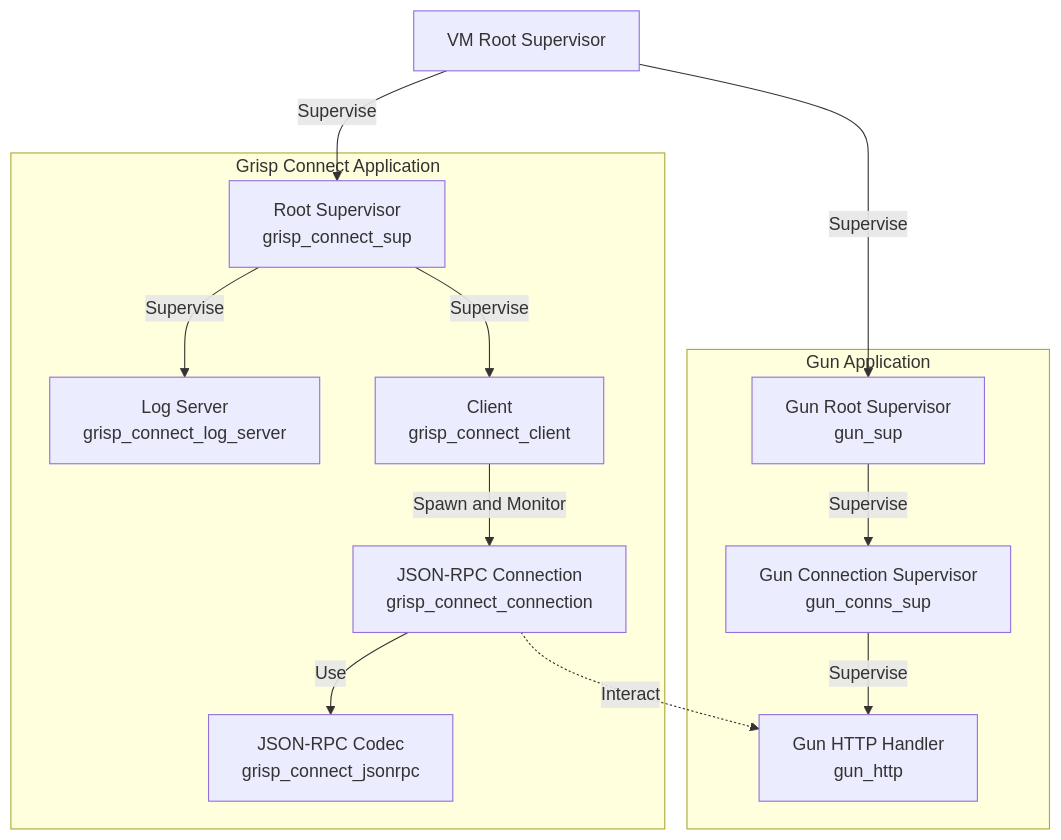
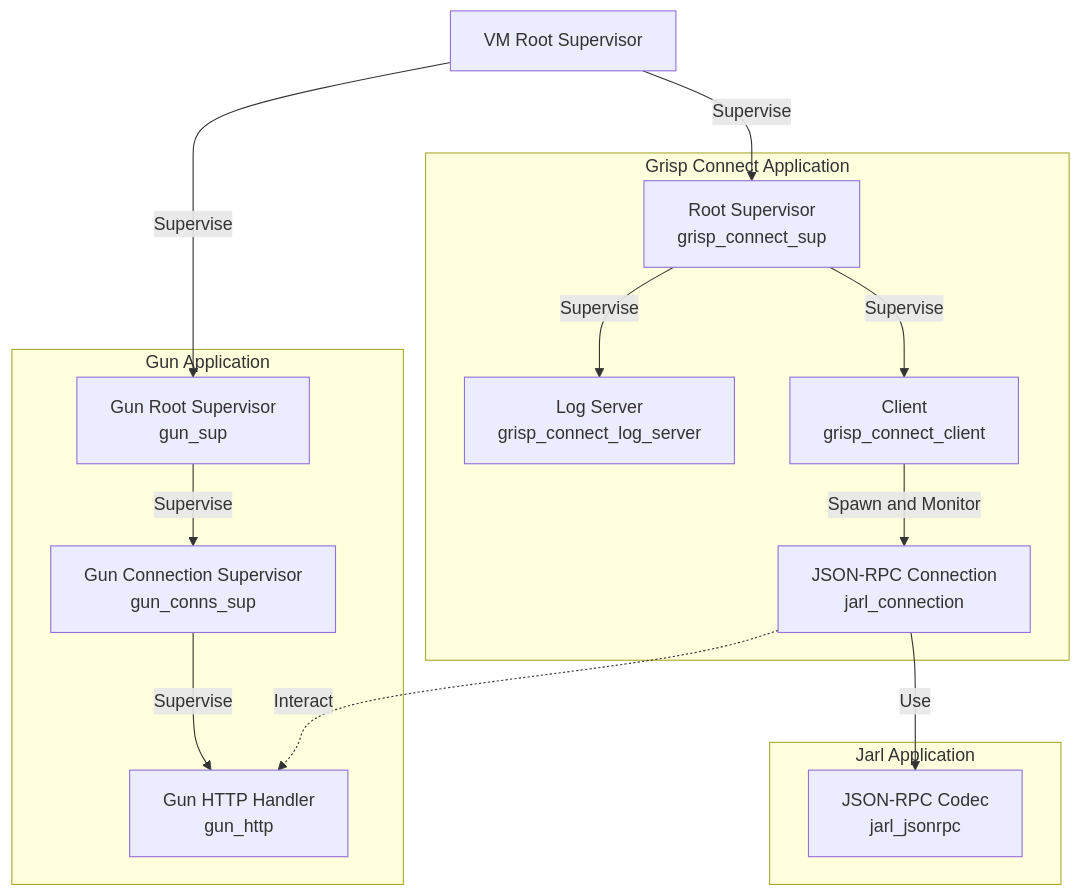
The diagram in docs/grisp_connect_architecture.md (grisp/grisp_connect), drawn with Mermaid before and after one commit. The commit also changed other lines of this file and 12 other files, not shown here.

Commit message:
Move JSON-RPC connection out to its own library

````diff
--- a/docs/grisp_connect_architecture.md
+++ b/docs/grisp_connect_architecture.md
@@ -3,31 +3,35 @@
 ```mermaid
 graph TD
     RootSup[VM Root Supervisor]
-    
+
     subgraph GrispConnectApp[Grisp Connect Application]
         GrispConnectRootSup[Root Supervisor<br>grisp_connect_sup]
         GrispConnectLogServer[Log Server<br>grisp_connect_log_server]
         GrispConnectClient[Client<br>grisp_connect_client]
-        GrispConnectConnection[JSON-RPC Connection<br>grisp_connect_connection]
-        GrispConnectJsonRPC[JSON-RPC Codec<br>grisp_connect_jsonrpc]
-        
+
         GrispConnectRootSup --Supervise--> GrispConnectLogServer
         GrispConnectRootSup --Supervise--> GrispConnectClient
-        GrispConnectClient --Spawn and Monitor--> GrispConnectConnection
-        GrispConnectConnection --Use--> GrispConnectJsonRPC
+        GrispConnectClient --Spawn and Monitor--> JarlConnection
     end
-    
+
+    subgraph JarlApp[Jarl Application]
+        JarlConnection[JSON-RPC Connection<br>jarl_connection]
+        JarlJsonRpc[JSON-RPC Codec<br>jarl_jsonrpc]
+
+        JarlConnection --Use--> JarlJsonRpc
+    end
+
     subgraph GunApp[Gun Application]
         GunRootSup[Gun Root Supervisor<br>gun_sup]
         GunConnsSup[Gun Connection Supervisor<br>gun_conns_sup]
         Gun[Gun Connection<br>gun]
         Gun[Gun HTTP Handler<br>gun_http]
 
         GunRootSup --Supervise--> GunConnsSup
         GunConnsSup --Supervise--> Gun
     end
-    
+
     RootSup --Supervise--> GrispConnectRootSup
     RootSup --Supervise--> GunRootSup
-    GrispConnectConnection -.Interact.-> Gun
+    JarlConnection -.Interact.-> Gun
 ```
````
